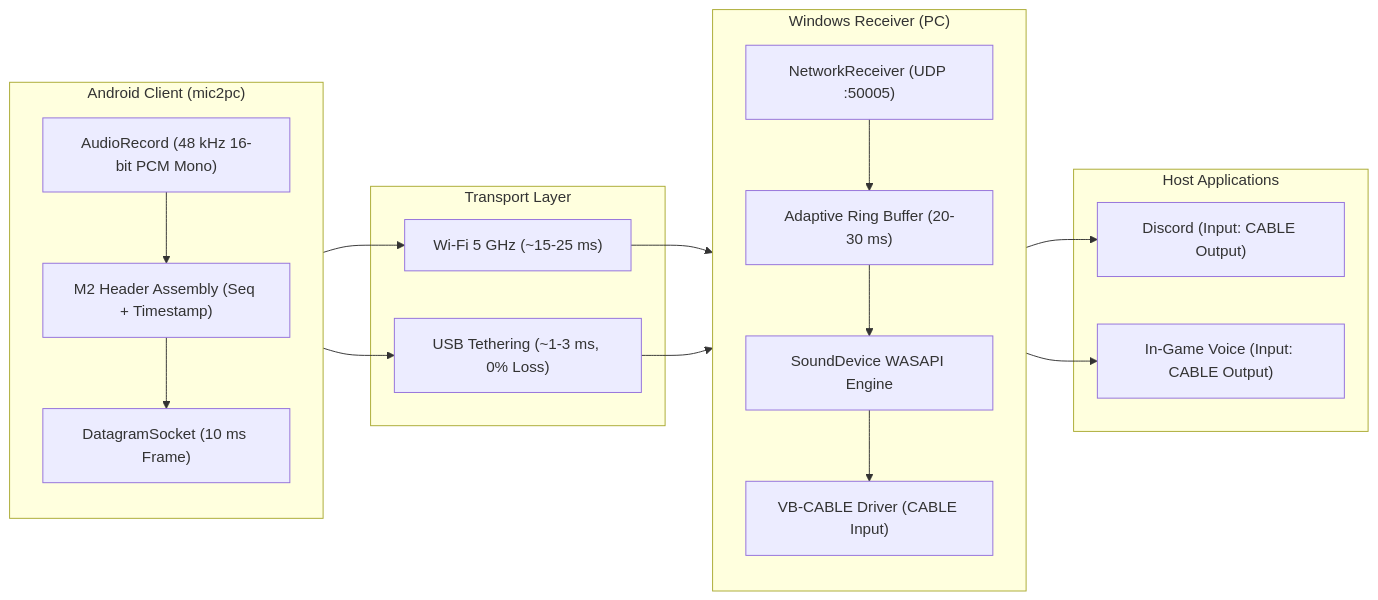
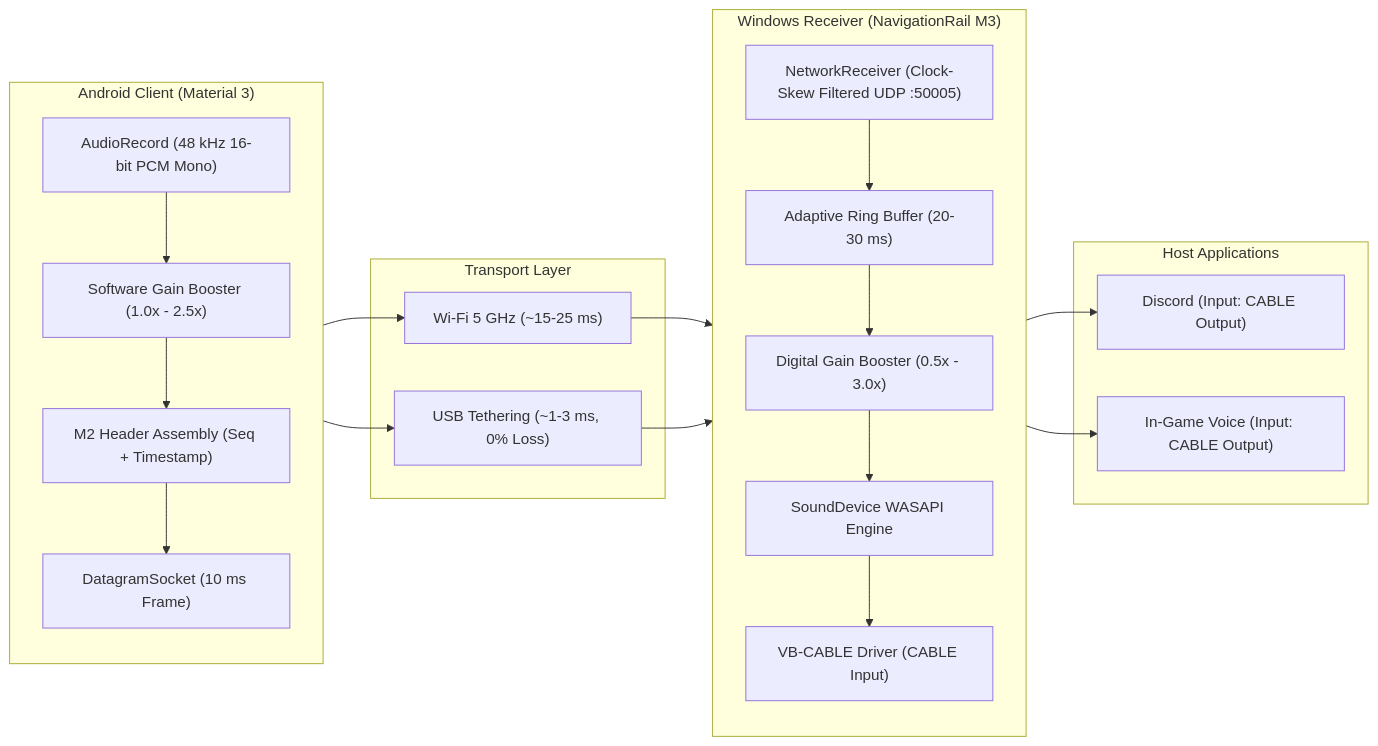
One commit to tokuthedev/mic2pc changed the diagram in README.md. Above: the diagram before and after it, drawn with Mermaid. The commit also changed other lines of this file and 7 other files, not shown here.

Commit message:
feat: implement LocalSend-style M3 UI with NavigationRail, dynamic themes, gain booster and settings tabs

````diff
--- a/README.md
+++ b/README.md
@@ -11,33 +9,35 @@
 ```mermaid
 flowchart LR
-    subgraph Mobile["Android Client (mic2pc)"]
+    subgraph Mobile["Android Client (Material 3)"]
         direction TB
         MIC["AudioRecord (48 kHz 16-bit PCM Mono)"]
+        GAIN["Software Gain Booster (1.0x - 2.5x)"]
         PACKET["M2 Header Assembly (Seq + Timestamp)"]
         UDP_TX["DatagramSocket (10 ms Frame)"]
-        MIC --> PACKET --> UDP_TX
+        MIC --> GAIN --> PACKET --> UDP_TX
     end
 
     subgraph Network["Transport Layer"]
         WIFI["Wi-Fi 5 GHz (~15-25 ms)"]
         USB["USB Tethering (~1-3 ms, 0% Loss)"]
     end
 
-    subgraph Desktop["Windows Receiver (PC)"]
+    subgraph Desktop["Windows Receiver (NavigationRail M3)"]
         direction TB
-        UDP_RX["NetworkReceiver (UDP :50005)"]
+        UDP_RX["NetworkReceiver (Clock-Skew Filtered UDP :50005)"]
         JITTER["Adaptive Ring Buffer (20-30 ms)"]
+        PC_GAIN["Digital Gain Booster (0.5x - 3.0x)"]
         AUDIO_ENGINE["SoundDevice WASAPI Engine"]
         VIRTUAL_IN["VB-CABLE Driver (CABLE Input)"]
-        UDP_RX --> JITTER --> AUDIO_ENGINE --> VIRTUAL_IN
+        UDP_RX --> JITTER --> PC_GAIN --> AUDIO_ENGINE --> VIRTUAL_IN
     end
 
     subgraph Consumers["Host Applications"]
         DISCORD["Discord (Input: CABLE Output)"]
         GAMES["In-Game Voice (Input: CABLE Output)"]
     end
 
     UDP_TX --> WIFI & USB
     WIFI & USB --> UDP_RX
     VIRTUAL_IN --> DISCORD & GAMES
 ```
````
